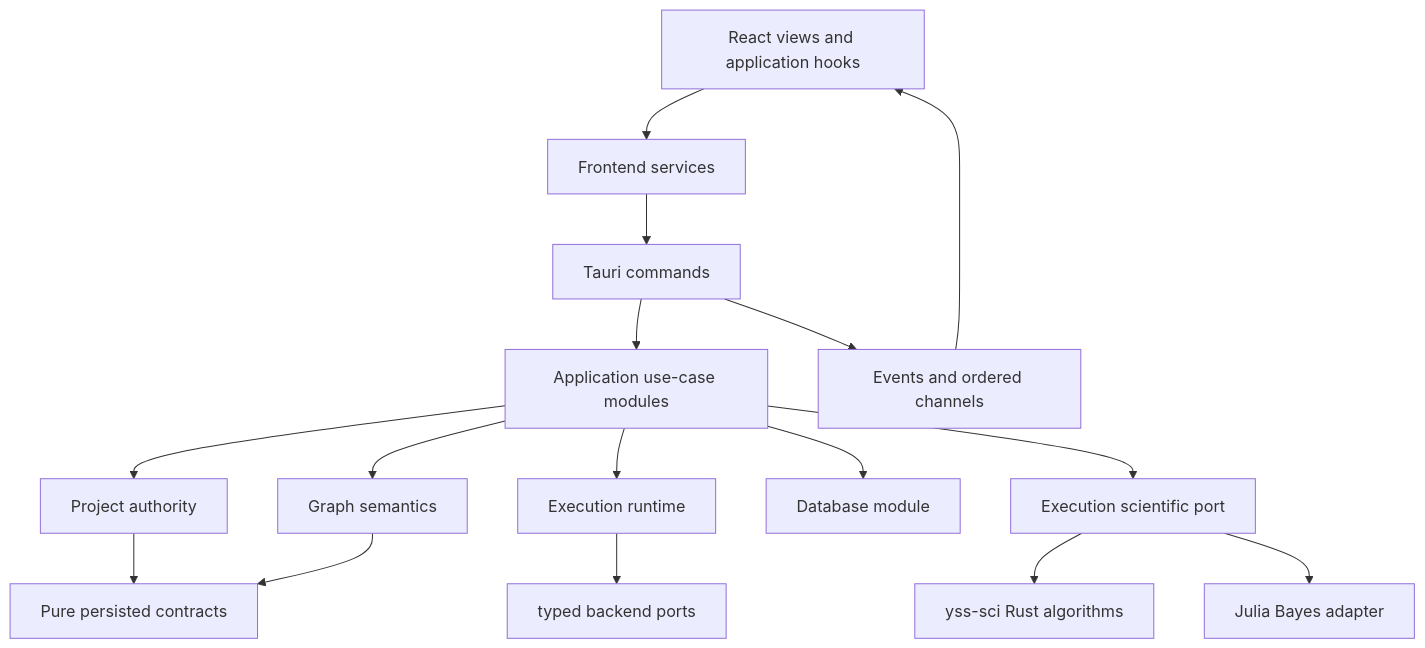
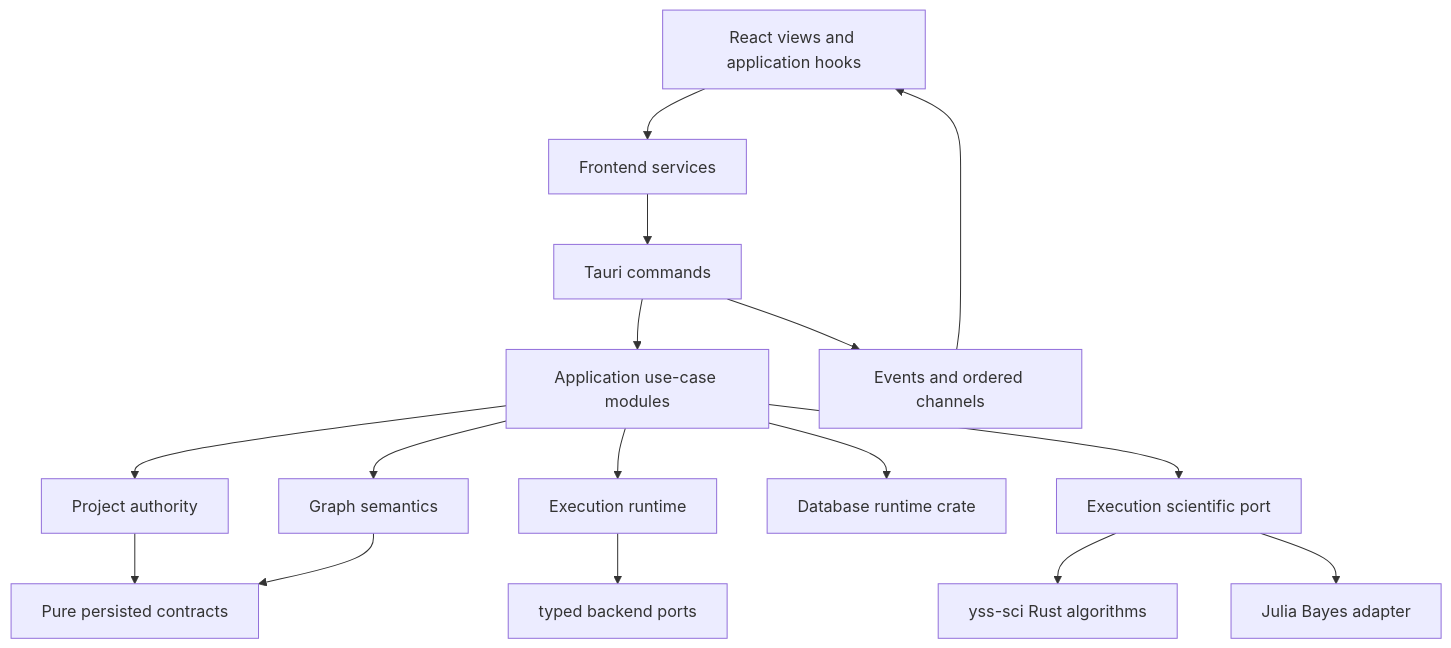
The first of 3 diagrams in docs/architecture/ARCHITECTURE.md (zhouyi207/YssBI), drawn with Mermaid before and after one commit. The commit also changed other lines of this file and 43 other files, not shown here.

Commit message:
refactor(database): extract yss-database-runtime

````diff
--- a/docs/architecture/ARCHITECTURE.md
+++ b/docs/architecture/ARCHITECTURE.md
@@ -27,18 +27,18 @@
 ```mermaid
 flowchart TD
   UI[React views and application hooks] --> FE[Frontend services]
   FE --> CMD[Tauri commands]
   CMD --> APP[Application use-case modules]
   APP --> PROJECT[Project authority]
   APP --> GRAPH[Graph semantics]
   APP --> EXEC[Execution runtime]
-  APP --> DB[Database module]
+  APP --> DB[Database runtime crate]
   APP --> SCI[Execution scientific port]
   PROJECT --> PURE[Pure persisted contracts]
   GRAPH --> PURE
   EXEC --> PORTS[typed backend ports]
   SCI --> RUSTSCI[yss-sci Rust algorithms]
   SCI --> JULIA[Julia Bayes adapter]
   CMD --> CHANNEL[Events and ordered channels]
   CHANNEL --> UI
 ```
````
